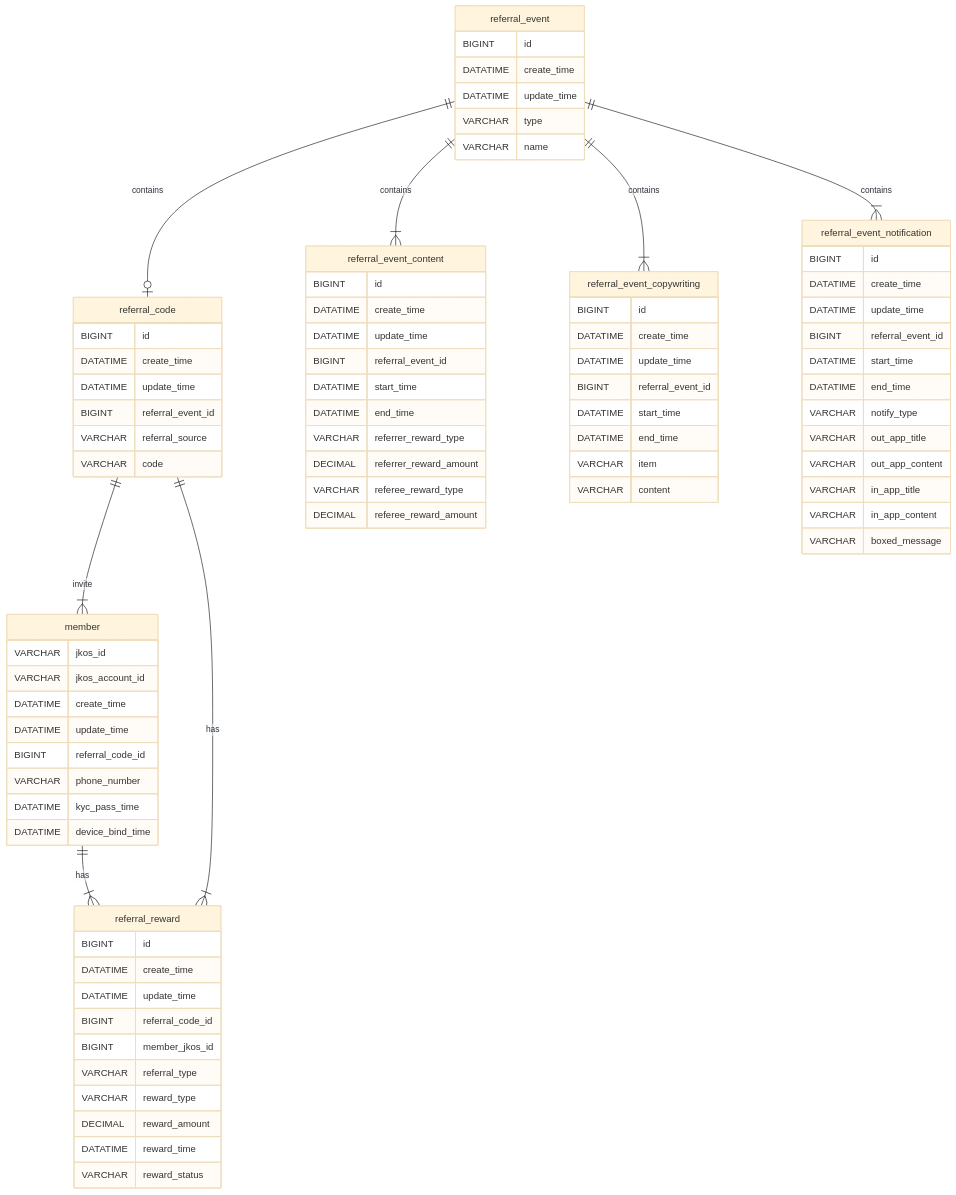
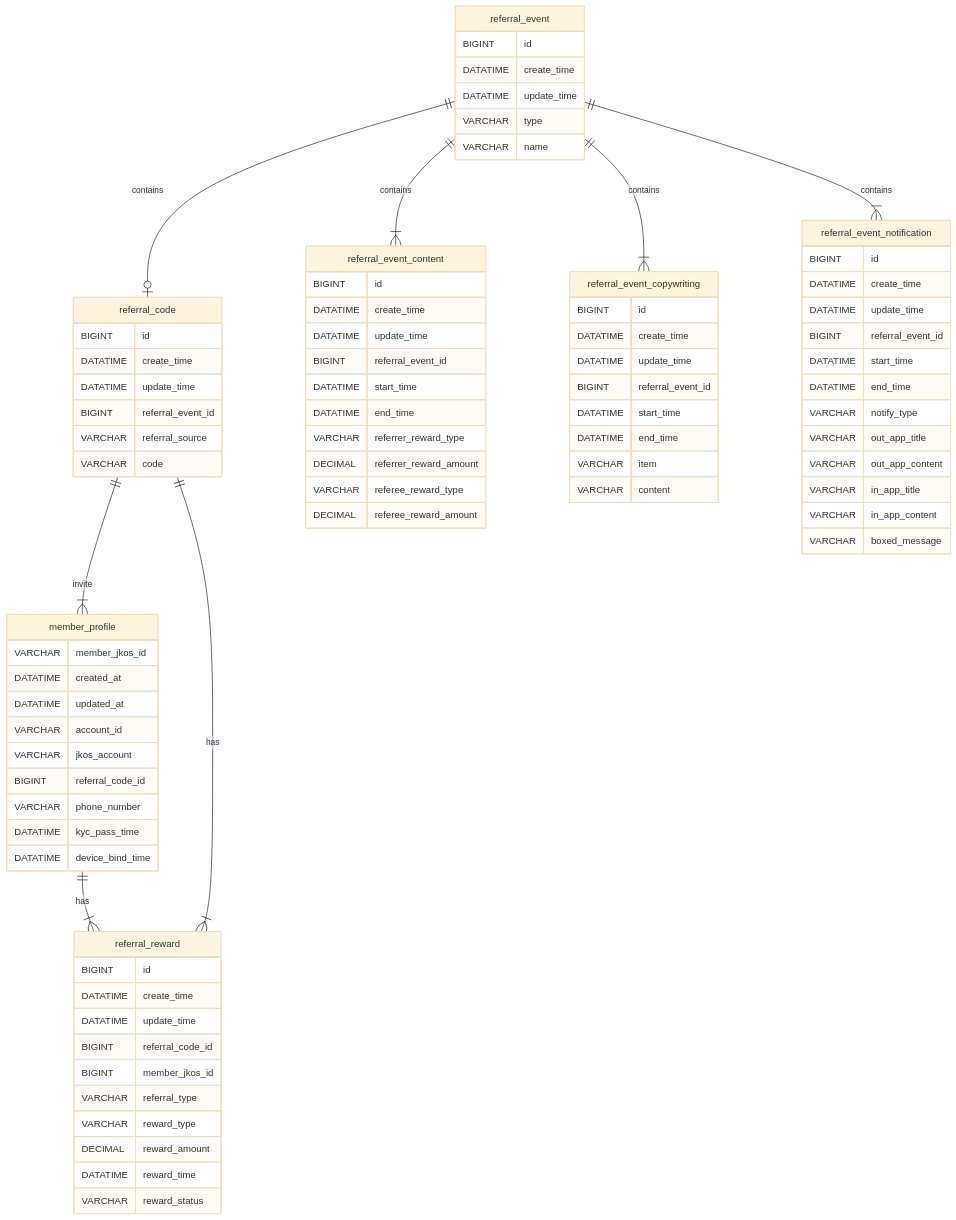
The fifth of 6 diagrams in Referral Code (好友推薦碼) Design Review.md (randallchang/referral_code), drawn with Mermaid (base theme) before and after one commit. The commit also changed other lines of this file and 2 other files, not shown here.

````diff
--- a/Referral Code (好友推薦碼) Design Review.md
+++ b/Referral Code (好友推薦碼) Design Review.md
@@ -170,11 +186,12 @@
         VARCHAR in_app_content
         VARCHAR boxed_message
     }
-    member {
-        VARCHAR jkos_id
-        VARCHAR jkos_account_id
-        DATATIME create_time
-        DATATIME update_time
+    member_profile {
+        VARCHAR member_jkos_id
+        DATATIME created_at
+        DATATIME updated_at
+        VARCHAR account_id
+        VARCHAR jkos_account
         BIGINT referral_code_id
         VARCHAR phone_number
         DATATIME kyc_pass_time
@@ -197,8 +214,8 @@
     referral_event ||--|{ referral_event_content : contains
     referral_event ||--|{ referral_event_copywriting : contains
     referral_event ||--|{ referral_event_notification : contains
-    referral_code ||--|{ member : invite
-    member ||--|{ referral_reward : has
+    referral_code ||--|{ member_profile : invite
+    member_profile ||--|{ referral_reward : has
     referral_code ||--|{ referral_reward : has
 
 ```
````
